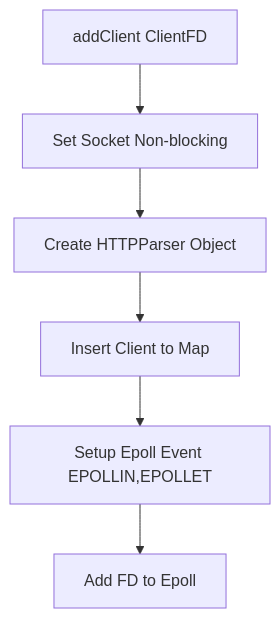
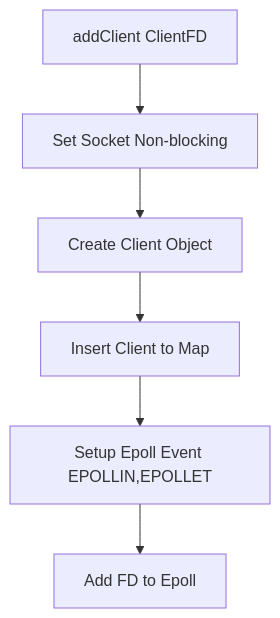
The third of 11 diagrams in doc/Graphical-Workflows.rst (WEBcodeX1/http-1.2), drawn with Mermaid before and after one commit. The commit also changed other lines of this file and 22 other files, not shown here.

Commit message:
Refresh docs for current architecture

```diff
--- a/doc/Graphical-Workflows.rst
+++ b/doc/Graphical-Workflows.rst
@@ -61,8 +43,8 @@
 .. mermaid::
 
     flowchart TD;
     A[addClient ClientFD] --> B[Set Socket Non-blocking];
-    B --> C[Create HTTPParser Object];
+    B --> C[Create Client Object];
     C --> D[Insert Client to Map];
     D --> E[Setup Epoll Event EPOLLIN,EPOLLET];
     E --> F[Add FD to Epoll];
```
